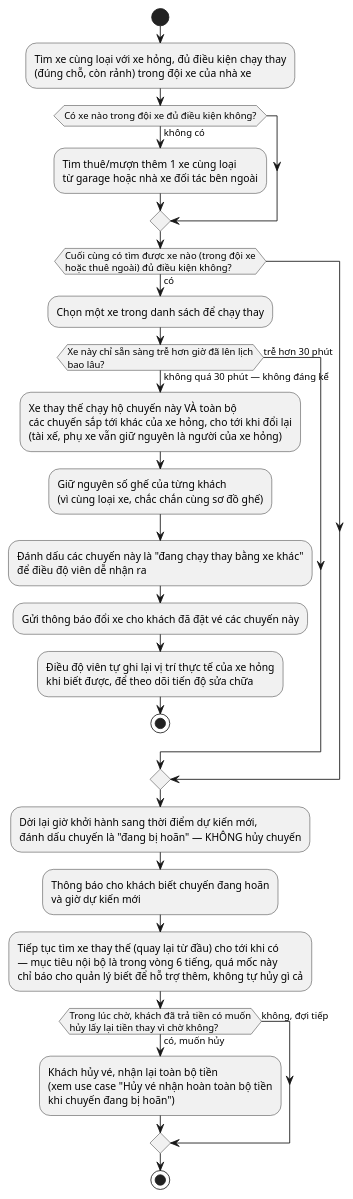
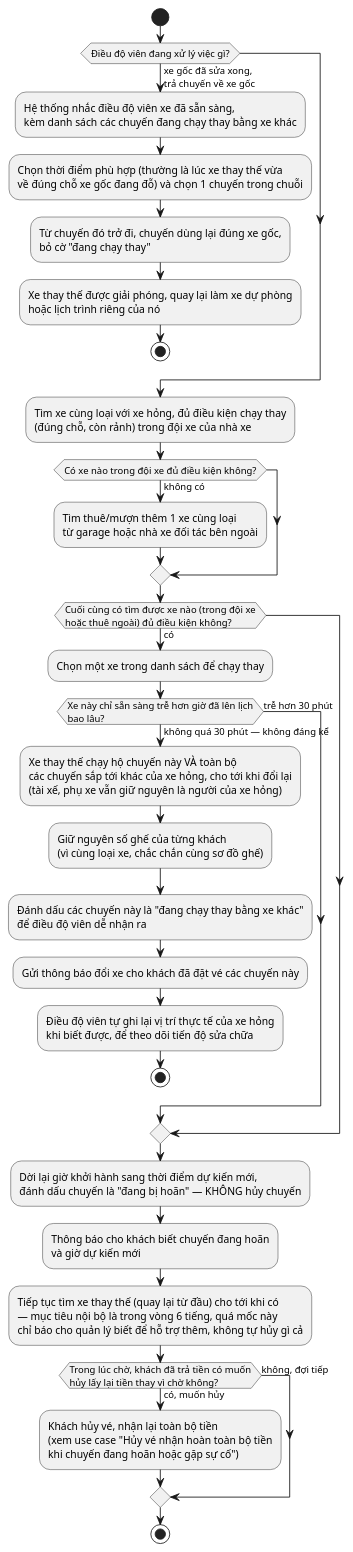
Diagram 30 of 53 in UML_DIAGRAMS.md (nguyenvietanhit19/Project1_HeThongQuanLyNhaXeKhachLienTinh), drawn with PlantUML before and after one commit. The commit also changed other lines of this file and 316 other files, not shown here.

````diff
--- a/UML_DIAGRAMS.md
+++ b/UML_DIAGRAMS.md
@@ -750,29 +958,36 @@
 ```plantuml
 @startuml AD_UC20_DoiXe
 start
+if (Điều độ viên đang xử lý việc gì?) then (xe gốc đã sửa xong,\ntrả chuyến về xe gốc)
+  :Hệ thống nhắc điều độ viên xe đã sẵn sàng,\nkèm danh sách các chuyến đang chạy thay bằng xe khác;
+  :Chọn thời điểm phù hợp (thường là lúc xe thay thế vừa\nvề đúng chỗ xe gốc đang đỗ) và chọn 1 chuyến trong chuỗi;
+  :Từ chuyến đó trở đi, chuyến dùng lại đúng xe gốc,\nbỏ cờ "đang chạy thay";
+  :Xe thay thế được giải phóng, quay lại làm xe dự phòng\nhoặc lịch trình riêng của nó;
+  stop
+endif
 :Tìm xe cùng loại với xe hỏng, đủ điều kiện chạy thay\n(đúng chỗ, còn rảnh) trong đội xe của nhà xe;
 if (Có xe nào trong đội xe đủ điều kiện không?) then (không có)
   :Tìm thuê/mượn thêm 1 xe cùng loại\ntừ garage hoặc nhà xe đối tác bên ngoài;
 endif
 if (Cuối cùng có tìm được xe nào (trong đội xe\nhoặc thuê ngoài) đủ điều kiện không?) then (có)
   :Chọn một xe trong danh sách để chạy thay;
   if (Xe này chỉ sẵn sàng trễ hơn giờ đã lên lịch\nbao lâu?) then (không quá 30 phút — không đáng kể)
     :Xe thay thế chạy hộ chuyến này VÀ toàn bộ\ncác chuyến sắp tới khác của xe hỏng, cho tới khi đổi lại\n(tài xế, phụ xe vẫn giữ nguyên là người của xe hỏng);
     :Giữ nguyên số ghế của từng khách\n(vì cùng loại xe, chắc chắn cùng sơ đồ ghế);
     :Đánh dấu các chuyến này là "đang chạy thay bằng xe khác"\nđể điều độ viên dễ nhận ra;
     :Gửi thông báo đổi xe cho khách đã đặt vé các chuyến này;
     :Điều độ viên tự ghi lại vị trí thực tế của xe hỏng\nkhi biết được, để theo dõi tiến độ sửa chữa;
     stop
   else (trễ hơn 30 phút)
   endif
 endif
 :Dời lại giờ khởi hành sang thời điểm dự kiến mới,\nđánh dấu chuyến là "đang bị hoãn" — KHÔNG hủy chuyến;
 :Thông báo cho khách biết chuyến đang hoãn\nvà giờ dự kiến mới;
 :Tiếp tục tìm xe thay thế (quay lại từ đầu) cho tới khi có\n— mục tiêu nội bộ là trong vòng 6 tiếng, quá mốc này\nchỉ báo cho quản lý biết để hỗ trợ thêm, không tự hủy gì cả;
 if (Trong lúc chờ, khách đã trả tiền có muốn\nhủy lấy lại tiền thay vì chờ không?) then (có, muốn hủy)
-  :Khách hủy vé, nhận lại toàn bộ tiền\n(xem use case "Hủy vé nhận hoàn toàn bộ tiền\nkhi chuyến đang bị hoãn");
+  :Khách hủy vé, nhận lại toàn bộ tiền\n(xem use case "Hủy vé nhận hoàn toàn bộ tiền\nkhi chuyến đang hoãn hoặc gặp sự cố");
 else (không, đợi tiếp)
 endif
 stop
 @enduml
 ```
````
